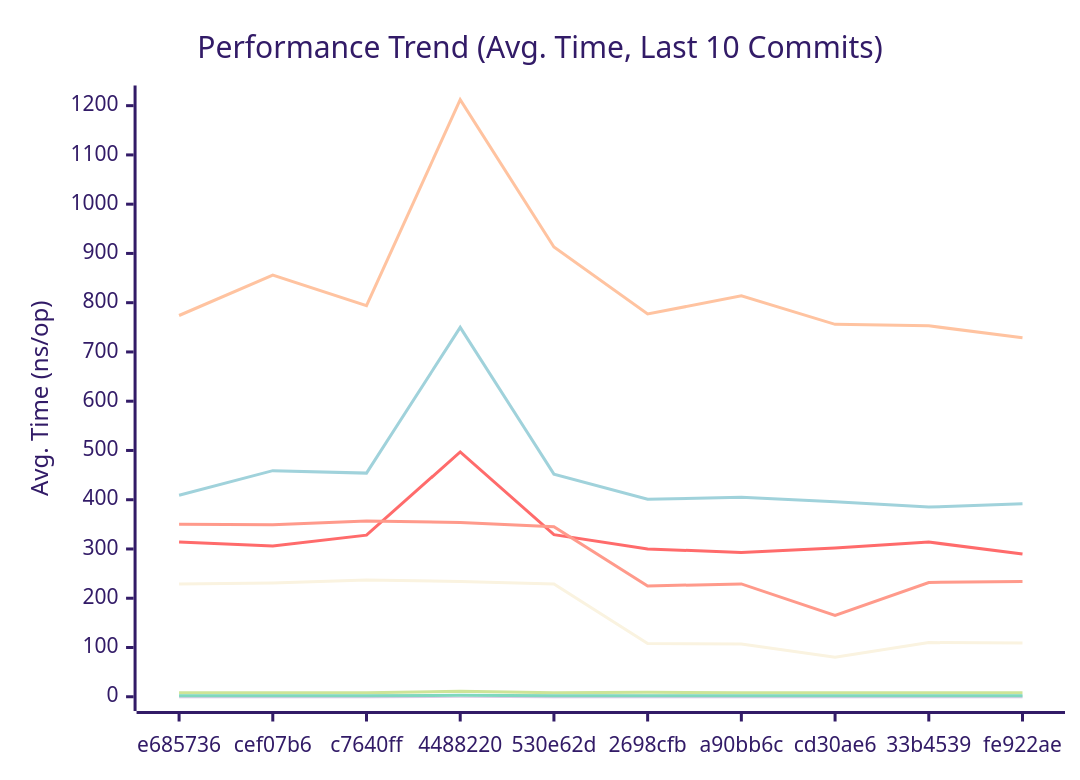
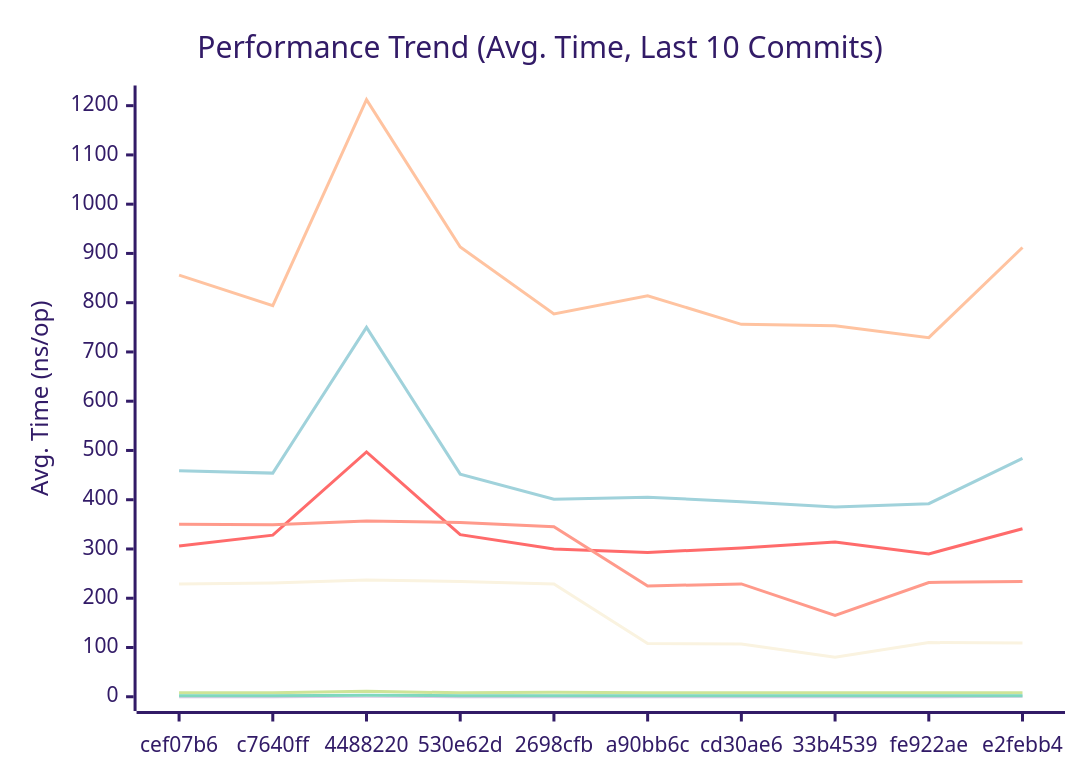
The first of 3 diagrams in docs/PERFORMANCE.md (alsotoes/momo), drawn with Mermaid (forest theme) before and after one commit. The commit also changed other lines of this file and 7 other files, not shown here.

````diff
--- a/docs/PERFORMANCE.md
+++ b/docs/PERFORMANCE.md
@@ -80,16 +80,16 @@
 ```mermaid
 xychart-beta
     title "Performance Trend (Avg. Time, Last 10 Commits)"
     x-axis "Commit"
     y-axis "Avg. Time (ns/op)"
-    x-axis [e685736,cef07b6,c7640ff,4488220,530e62d,2698cfb,a90bb6c,cd30ae6,33b4539,fe922ae]
-    line "CheckMetricsAndSwap" [8,8,8,11,8,9,8,8,8,8]
-    line "CrushOptimized" [314,306,328,497,329,300,293,302,314,290]
-    line "CrushOriginal" [409,459,454,750,452,401,405,396,385,392]
-    line "IndexDirectTracking" [0,0,0,1,0,0,0,0,0,0]
+    x-axis [cef07b6,c7640ff,4488220,530e62d,2698cfb,a90bb6c,cd30ae6,33b4539,fe922ae,e2febb4]
+    line "CheckMetricsAndSwap" [8,8,11,8,9,8,8,8,8,8]
+    line "CrushOptimized" [306,328,497,329,300,293,302,314,290,341]
+    line "CrushOriginal" [459,454,750,452,401,405,396,385,392,484]
+    line "IndexDirectTracking" [0,0,1,0,0,0,0,0,0,1]
     line "IndexSearch" [2,2,2,2,2,2,2,2,2,2]
-    line "LoadGlobalConfig" [774,856,794,1212,913,777,814,756,753,729]
-    line "PadString" [2,2,2,3,2,2,2,2,2,2]
+    line "LoadGlobalConfig" [856,794,1212,913,777,814,756,753,729,912]
+    line "PadString" [2,2,3,2,2,2,2,2,2,2]
     line "ParseReplicationOrder_NoPrealloc" [350,349,357,354,345,225,229,165,232,234]
     line "ParseReplicationOrder_Prealloc" [229,231,237,234,229,108,107,80,110,109]
 ```
````
